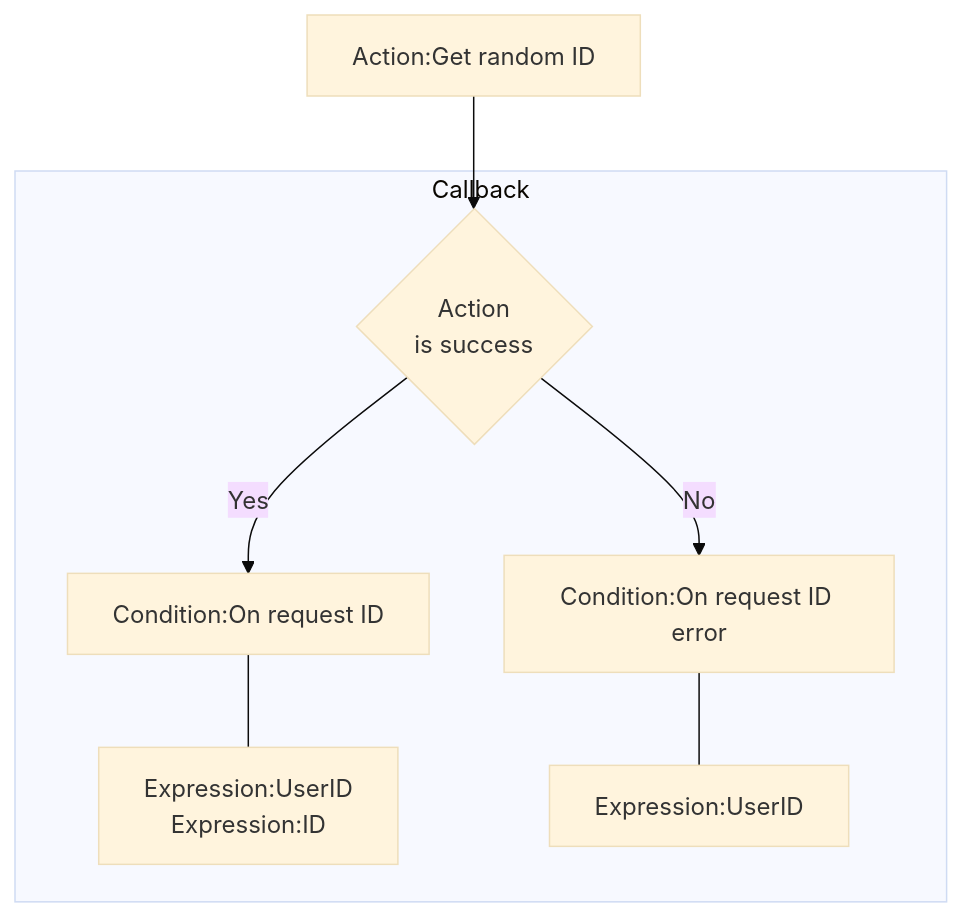
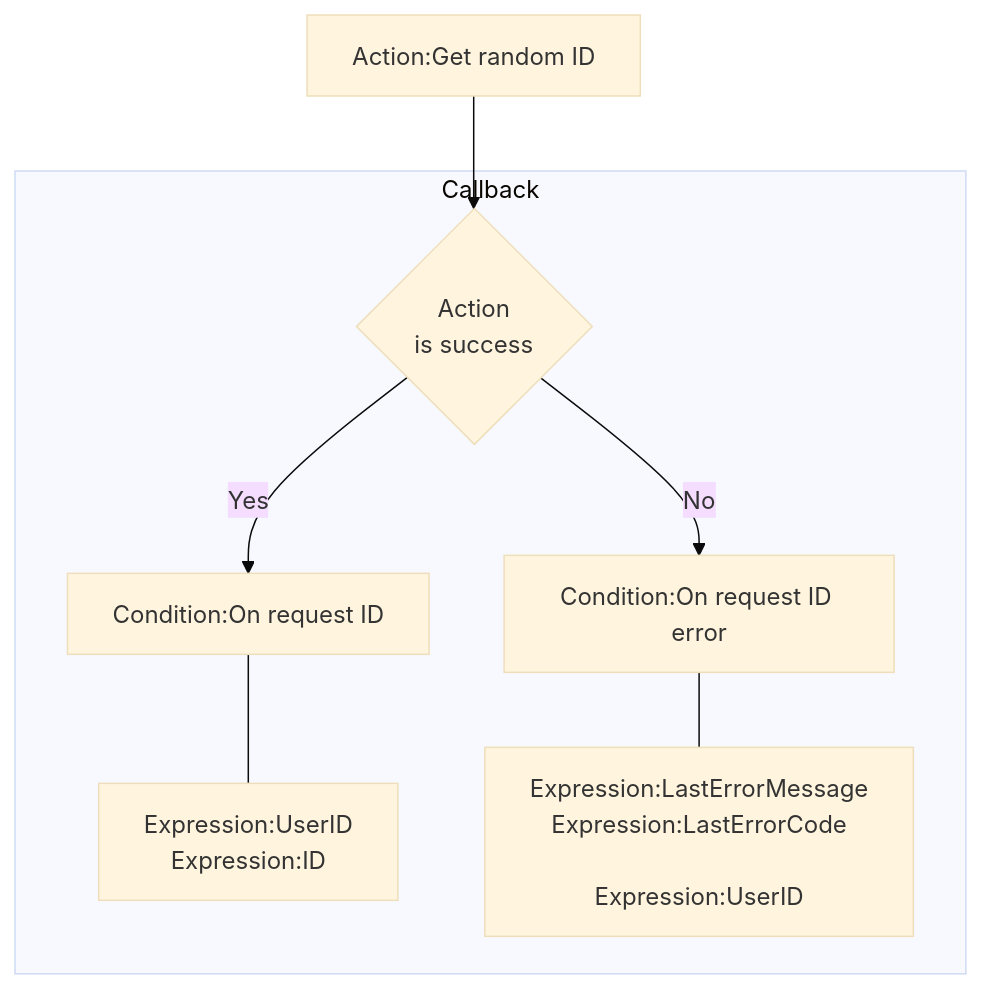
Before and after one commit to rexrainbow/C2RexDoc: the first of 4 diagrams in plugins.md/rex_firebase_userid2id.md, drawn with Mermaid (base theme). The commit also changed other lines of this file and 10 other files, not shown here.

````diff
--- a/plugins.md/rex_firebase_userid2id.md
+++ b/plugins.md/rex_firebase_userid2id.md
@@ -42,12 +42,12 @@
 ```mermaid
 graph TB
 
 ActCreateAccount["Action:Get random ID"] --> ActionIsSuccess
 
 subgraph Callback
 ActionIsSuccess{Action<br>is success} --> |Yes| CondOnSuccess["Condition:On request ID"]
 CondOnSuccess --- ExpResult["Expression:UserID<br>Expression:ID"]
 ActionIsSuccess --> |No| CondOnError["Condition:On request ID error"]
-CondOnError --- ExpError["Expression:UserID"]
+CondOnError --- ExpError["Expression:LastErrorMessage<br>Expression:LastErrorCode<br> <br>Expression:UserID"]
 end
 ```
````
